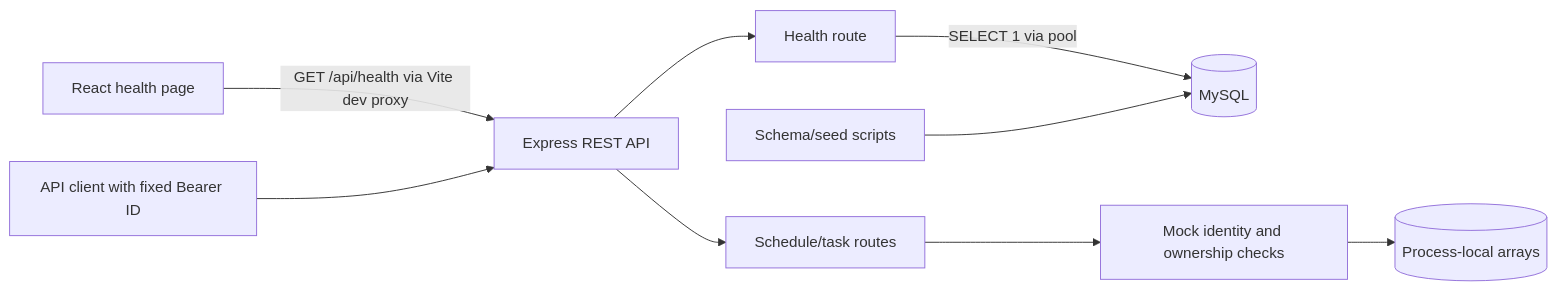
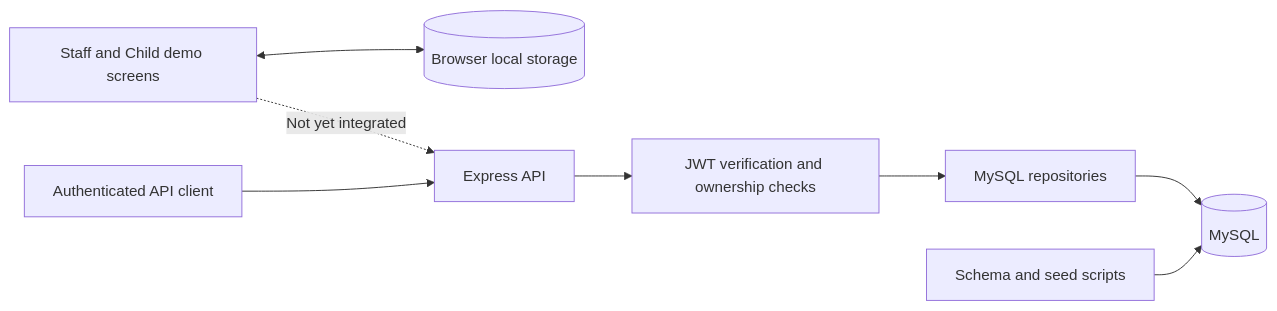
The diagram in docs/DEVELOPMENT_TEAM_REPORT.md (4rbit-society/special-project), drawn with Mermaid before and after one commit. The commit also changed other lines of this file, not shown here.

````diff
--- a/docs/DEVELOPMENT_TEAM_REPORT.md
+++ b/docs/DEVELOPMENT_TEAM_REPORT.md
@@ -1318,11 +1425,10 @@
 ```mermaid
 flowchart LR
-    Web[React health page] -->|GET /api/health via Vite dev proxy| API[Express REST API]
-    Client[API client with fixed Bearer ID] --> API
-    API --> Health[Health route]
-    Health -->|SELECT 1 via pool| DB[(MySQL)]
-    API --> Routes[Schedule/task routes]
-    Routes --> Auth[Mock identity and ownership checks]
-    Auth --> Memory[(Process-local arrays)]
-    Scripts[Schema/seed scripts] --> DB
+    Browser[Staff and Child demo screens] <--> Storage[(Browser local storage)]
+    Browser -. Not yet integrated .-> API[Express API]
+    Client[Authenticated API client] --> API
+    API --> JWT[JWT verification and ownership checks]
+    JWT --> SQL[MySQL repositories]
+    SQL --> DB[(MySQL)]
+    Scripts[Schema and seed scripts] --> DB
 ```
````
